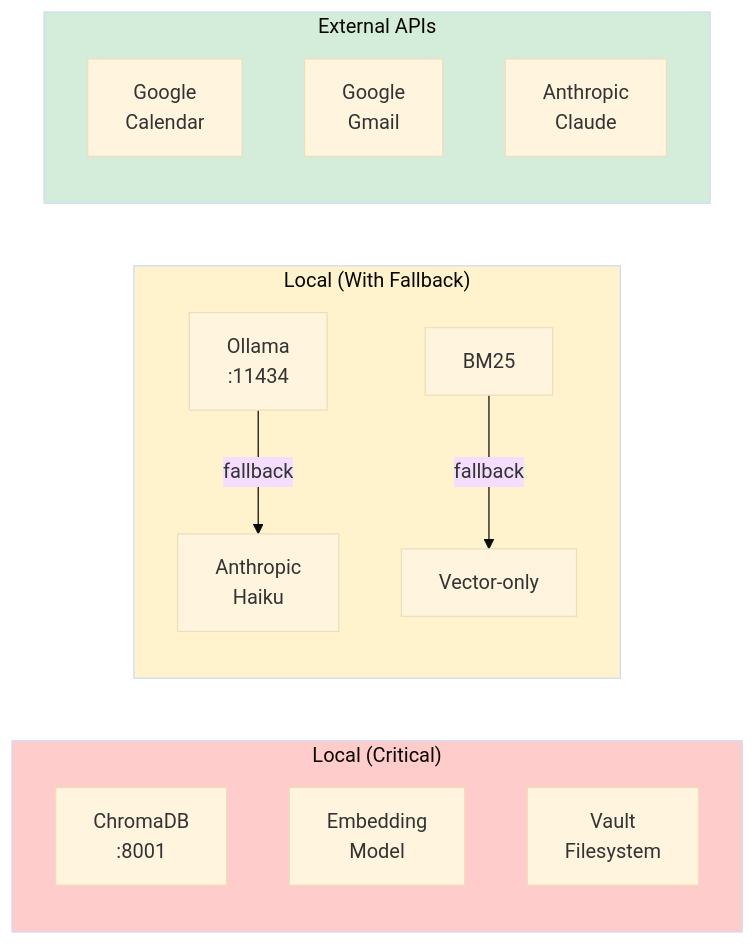
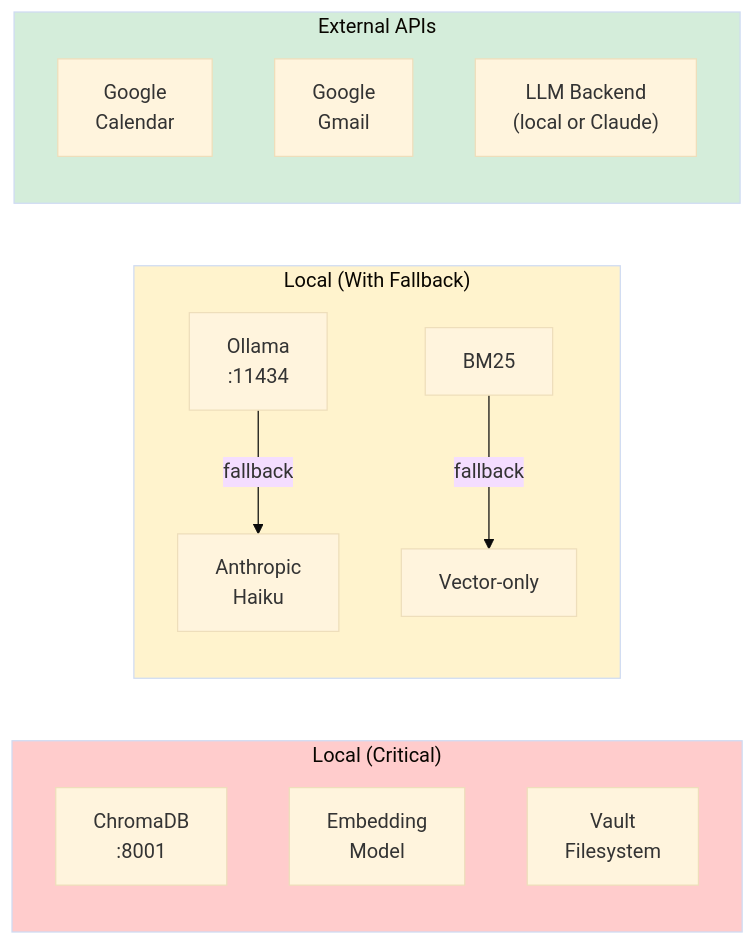
One commit to nbramia/LifeOS changed the third of 3 diagrams in README.md. Above: the diagram before and after it, drawn with Mermaid (base theme). The commit also changed other lines of this file and 7 other files, not shown here.

First line of the commit message:
docs: Refresh documentation for v3 — Linux, local LLM, embedding upgrade

````diff
--- a/README.md
+++ b/README.md
@@ -214,26 +249,26 @@
 ```mermaid
 flowchart LR
     subgraph Local["Local (Critical)"]
         direction TB
         ChromaDB["ChromaDB\n:8001"]
         Embed["Embedding\nModel"]
         Vault["Vault\nFilesystem"]
     end
 
     subgraph Fallback["Local (With Fallback)"]
         direction TB
         Ollama["Ollama\n:11434"] -->|fallback| Haiku["Anthropic\nHaiku"]
         BM25["BM25"] -->|fallback| VecOnly["Vector-only"]
     end
 
     subgraph External["External APIs"]
         direction TB
         GCal["Google\nCalendar"]
         Gmail["Google\nGmail"]
-        Anthropic["Anthropic\nClaude"]
+        LLM["LLM Backend\n(local or Claude)"]
     end
 
     style Local fill:#ffcccc
     style Fallback fill:#fff3cd
     style External fill:#d4edda
 ```
````
